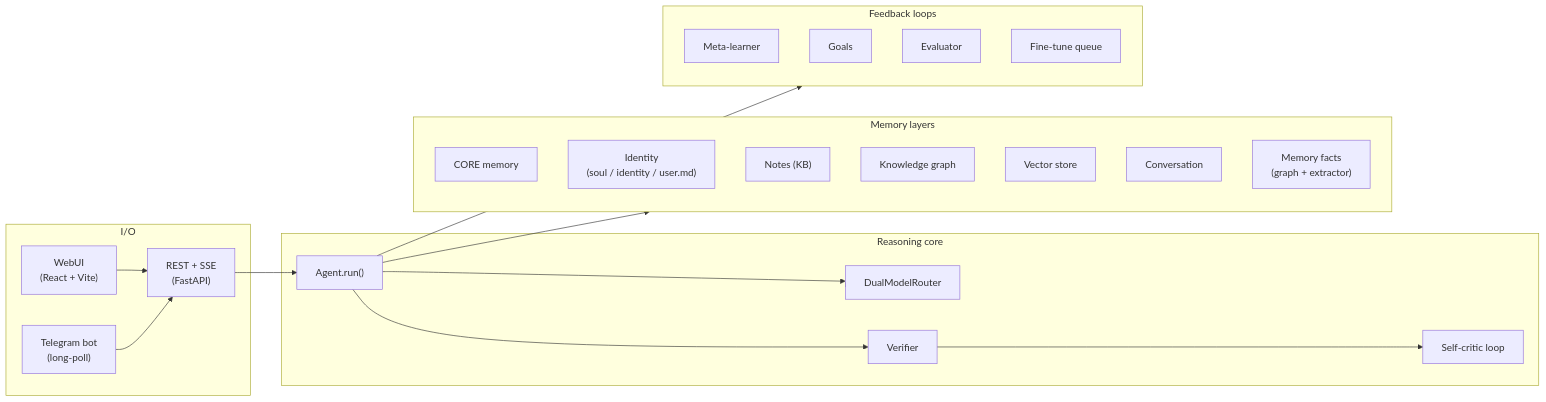
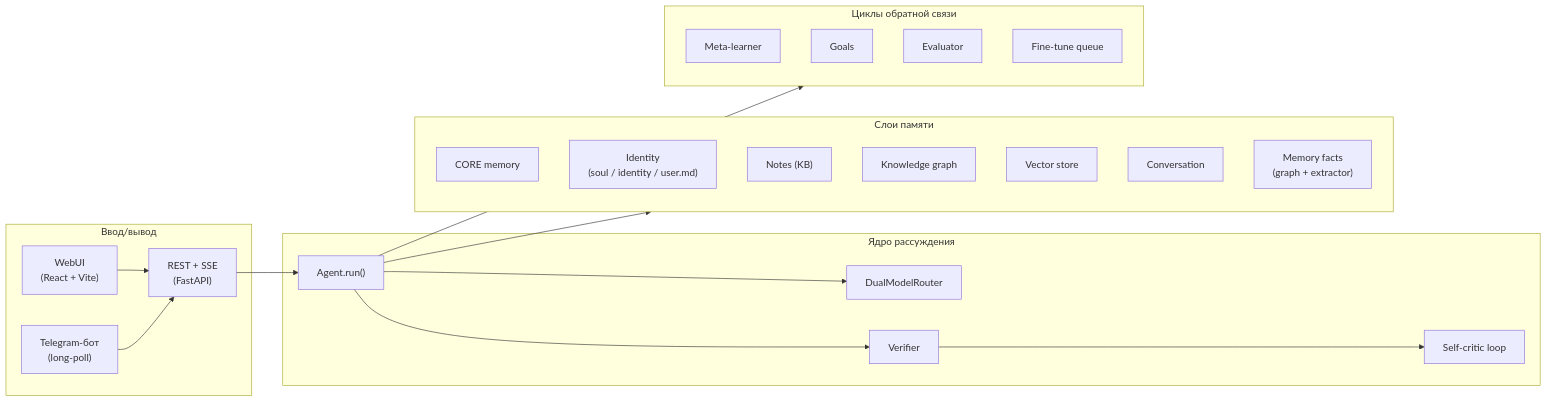
Before and after one commit to gjaloyan/hrant: the first of 12 diagrams in docs/architecture.md, drawn with Mermaid. The commit also changed other lines of this file, not shown here.

First line of the commit message:
docs(architecture): translate to Russian

````diff
--- a/docs/architecture.md
+++ b/docs/architecture.md
@@ -29,42 +31,42 @@
 ```mermaid
 flowchart LR
-    subgraph IO["I/O"]
+    subgraph IO["Ввод/вывод"]
         WUI["WebUI<br/>(React + Vite)"]
-        TG["Telegram bot<br/>(long-poll)"]
+        TG["Telegram-бот<br/>(long-poll)"]
         API["REST + SSE<br/>(FastAPI)"]
     end
 
-    subgraph CORE["Reasoning core"]
+    subgraph CORE["Ядро рассуждения"]
         AG["Agent.run()"]
         LR["DualModelRouter"]
         VRF["Verifier"]
         SC["Self-critic loop"]
     end
 
-    subgraph MEM["Memory layers"]
+    subgraph MEM["Слои памяти"]
         CM["CORE memory"]
         ID["Identity<br/>(soul / identity / user.md)"]
         KB["Notes (KB)"]
         KG["Knowledge graph"]
         VS["Vector store"]
         CONV["Conversation"]
         MEX["Memory facts<br/>(graph + extractor)"]
     end
 
-    subgraph LEARN["Feedback loops"]
+    subgraph LEARN["Циклы обратной связи"]
         ML["Meta-learner"]
         GOALS["Goals"]
         EVAL["Evaluator"]
         FT["Fine-tune queue"]
     end
 
     WUI --> API
     TG --> API
     API --> AG
     AG --> LR
     AG --> VRF
     VRF --> SC
     AG --> MEM
     AG --> LEARN
     LR --> CORE
 ```
````
